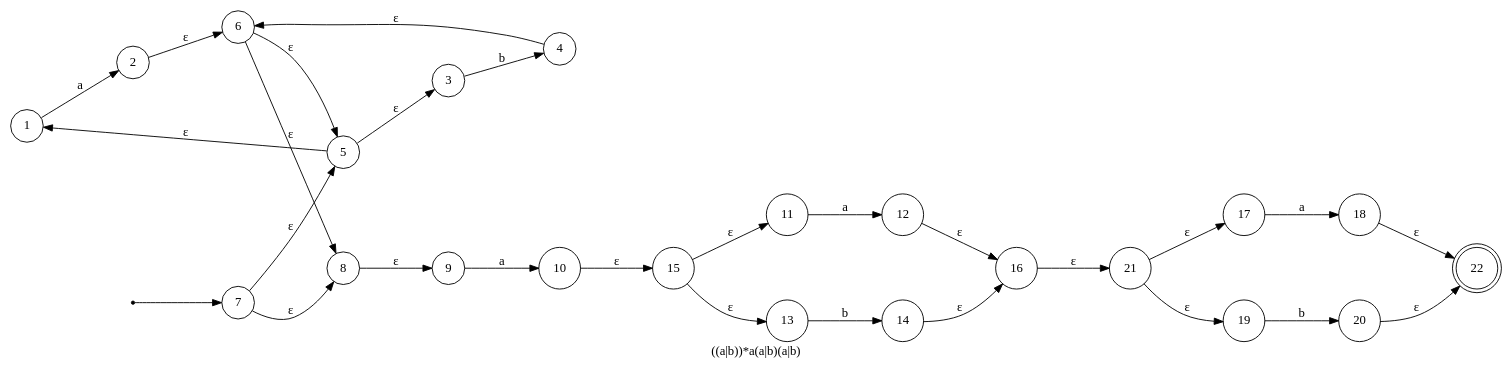
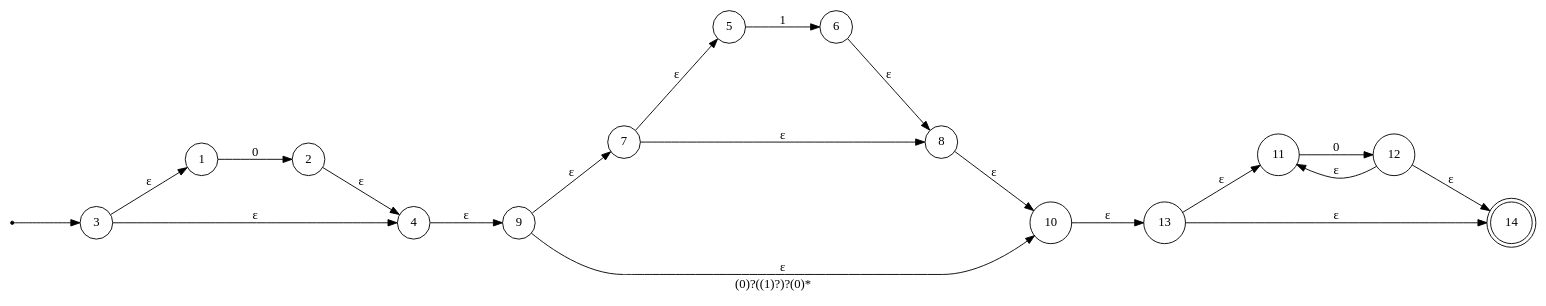
Before and after one commit to martspain/compiler: the diagram in src/nfa_output/Digraph.gv, drawn with Graphviz. The commit also changed 8 other files, not shown here.

```diff
--- a/src/nfa_output/Digraph.gv
+++ b/src/nfa_output/Digraph.gv
@@ -1,54 +1,38 @@
-// ((a|b))*a(a|b)(a|b)
+// (0)?((1)?)?(0)*
 digraph {
-	label="((a|b))*a(a|b)(a|b)" nodesep=1 rankdir=LR ranksep=1
+	label="(0)?((1)?)?(0)*" nodesep=1 rankdir=LR ranksep=1
 	1 [shape=circle]
 	2 [shape=circle]
 	3 [shape=circle]
 	4 [shape=circle]
 	5 [shape=circle]
 	6 [shape=circle]
 	7 [shape=circle]
 	8 [shape=circle]
 	9 [shape=circle]
 	10 [shape=circle]
 	11 [shape=circle]
 	12 [shape=circle]
 	13 [shape=circle]
-	14 [shape=circle]
-	15 [shape=circle]
-	16 [shape=circle]
-	17 [shape=circle]
-	18 [shape=circle]
-	19 [shape=circle]
-	20 [shape=circle]
-	21 [shape=circle]
-	22 [shape=doublecircle]
-	1 -> 2 [label=a]
-	3 -> 4 [label=b]
-	5 -> 1 [label="ε"]
-	5 -> 3 [label="ε"]
-	2 -> 6 [label="ε"]
-	4 -> 6 [label="ε"]
+	14 [shape=doublecircle]
+	1 -> 2 [label=0]
+	3 -> 1 [label="ε"]
+	2 -> 4 [label="ε"]
+	3 -> 4 [label="ε"]
+	5 -> 6 [label=1]
 	7 -> 5 [label="ε"]
+	6 -> 8 [label="ε"]
 	7 -> 8 [label="ε"]
-	6 -> 5 [label="ε"]
-	6 -> 8 [label="ε"]
-	9 -> 10 [label=a]
-	8 -> 9 [label="ε"]
-	11 -> 12 [label=a]
-	13 -> 14 [label=b]
-	15 -> 11 [label="ε"]
-	15 -> 13 [label="ε"]
-	12 -> 16 [label="ε"]
-	14 -> 16 [label="ε"]
-	10 -> 15 [label="ε"]
-	17 -> 18 [label=a]
-	19 -> 20 [label=b]
-	21 -> 17 [label="ε"]
-	21 -> 19 [label="ε"]
-	18 -> 22 [label="ε"]
-	20 -> 22 [label="ε"]
-	16 -> 21 [label="ε"]
+	9 -> 7 [label="ε"]
+	8 -> 10 [label="ε"]
+	9 -> 10 [label="ε"]
+	4 -> 9 [label="ε"]
+	11 -> 12 [label=0]
+	13 -> 11 [label="ε"]
+	13 -> 14 [label="ε"]
+	12 -> 11 [label="ε"]
+	12 -> 14 [label="ε"]
+	10 -> 13 [label="ε"]
 	"" [shape=point]
-	"" -> 7
+	"" -> 3
 }
```
